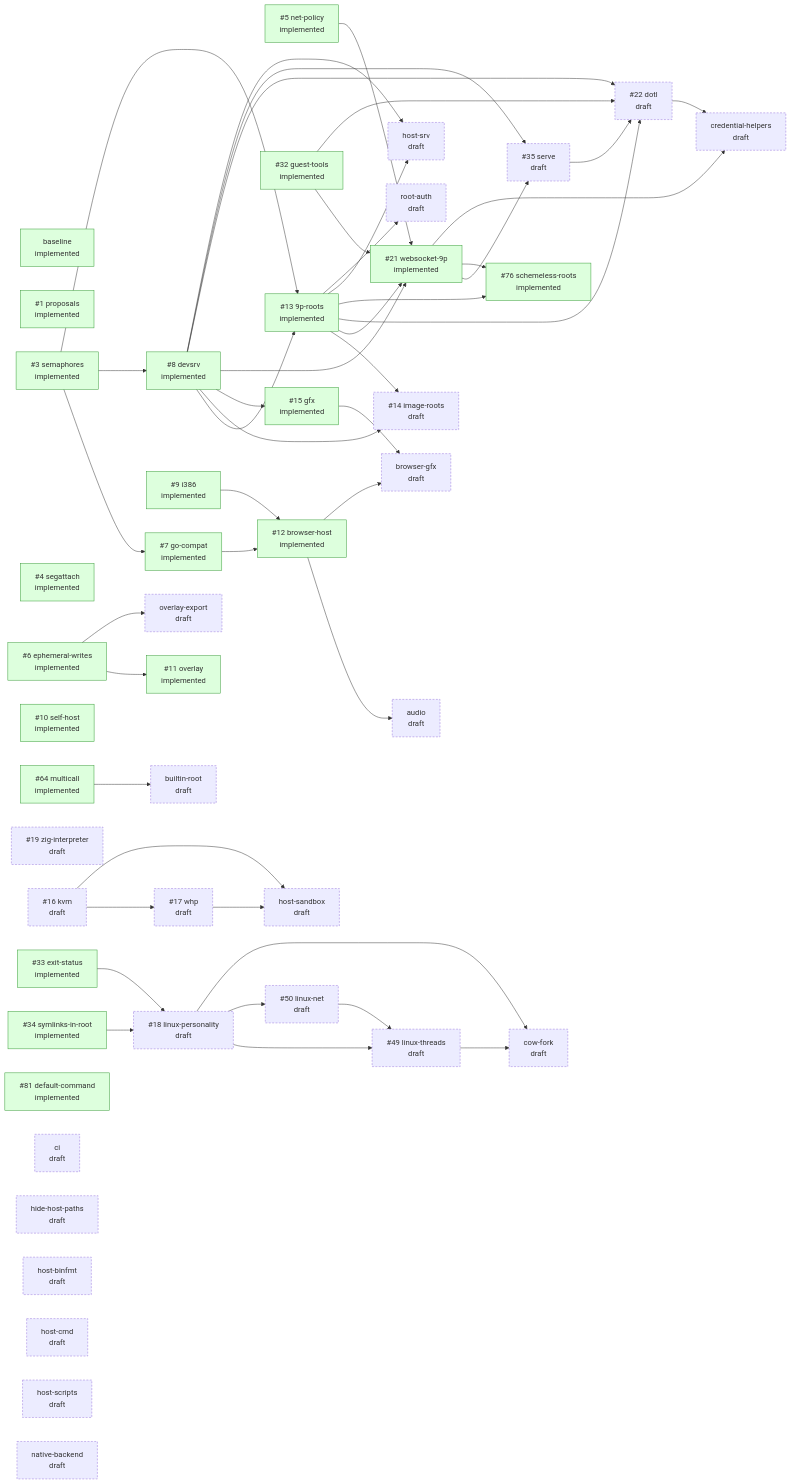
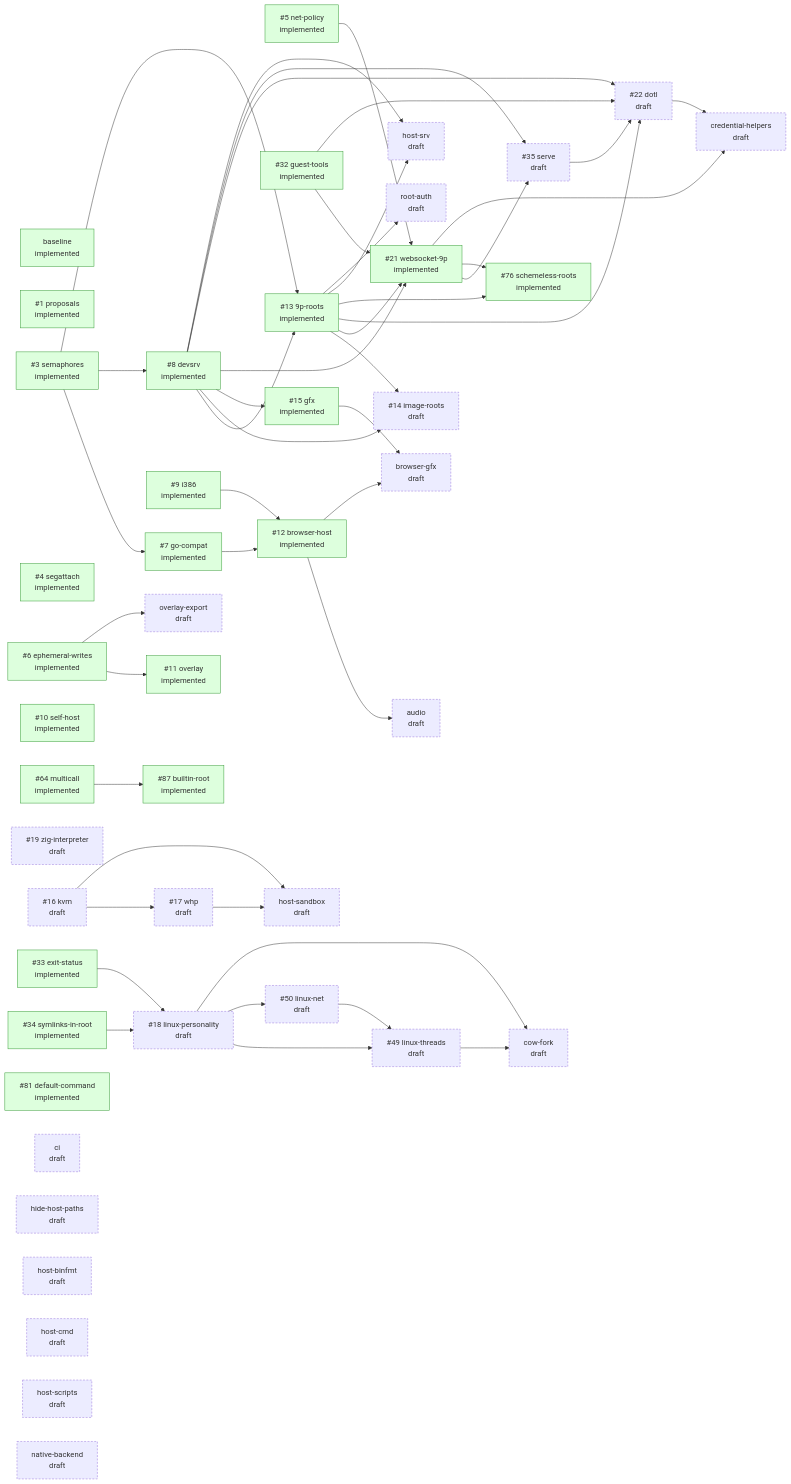
The diagram in design/STATUS.md (progrium/hyper9), drawn with Mermaid before and after one commit. The commit also changed other lines of this file, not shown here.

Commit message:
design: regenerate STATUS.md

```diff
--- a/design/STATUS.md
+++ b/design/STATUS.md
@@ -88,9 +88,9 @@
   p_multicall["#35;64 multicall<br/>implemented"]:::implemented
   p_schemeless_roots["#35;76 schemeless-roots<br/>implemented"]:::implemented
   p_default_command["#35;81 default-command<br/>implemented"]:::implemented
+  p_builtin_root["#35;87 builtin-root<br/>implemented"]:::implemented
   p_audio["audio<br/>draft"]:::draft
   p_browser_gfx["browser-gfx<br/>draft"]:::draft
-  p_builtin_root["builtin-root<br/>draft"]:::draft
   p_ci["ci<br/>draft"]:::draft
   p_cow_fork["cow-fork<br/>draft"]:::draft
   p_credential_helpers["credential-helpers<br/>draft"]:::draft
@@ -131,10 +131,10 @@
   p_linux_personality --> p_linux_net
   p_9p_roots --> p_schemeless_roots
   p_websocket_9p --> p_schemeless_roots
+  p_multicall --> p_builtin_root
   p_browser_host --> p_audio
   p_browser_host --> p_browser_gfx
   p_gfx --> p_browser_gfx
-  p_multicall --> p_builtin_root
   p_linux_personality --> p_cow_fork
   p_linux_threads --> p_cow_fork
   p_websocket_9p --> p_credential_helpers
```
